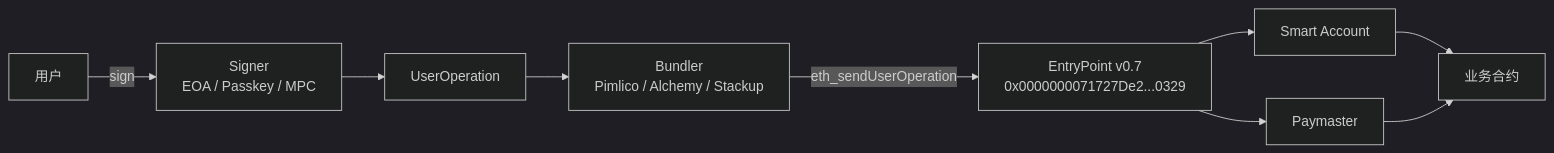
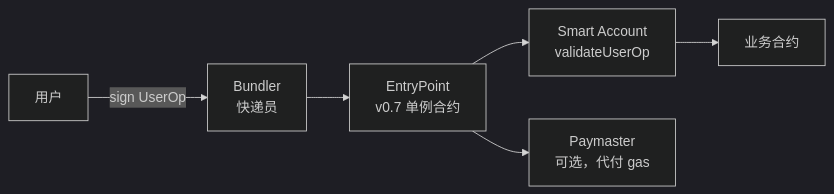
The third of 5 diagrams in web3-engineer-guide/10-前端与账户抽象/README.md (ChuwuYo/misc-files), drawn with Mermaid (dark theme) before and after one commit. The commit also changed other lines of this file and 211 other files, not shown here.

````diff
--- a/web3-engineer-guide/10-前端与账户抽象/README.md
+++ b/web3-engineer-guide/10-前端与账户抽象/README.md
@@ -1037,11 +538,8 @@
 ```mermaid
 flowchart LR
-  U[用户] -->|sign| S[Signer<br/>EOA / Passkey / MPC]
-  S --> UO[UserOperation]
-  UO --> B[Bundler<br/>Pimlico / Alchemy / Stackup]
-  B -->|eth_sendUserOperation| EP[EntryPoint v0.7<br/>0x0000000071727De2...0329]
-  EP --> A[Smart Account]
-  EP --> P[Paymaster]
-  A --> EXT[业务合约]
-  P --> EXT
+  U[用户] -->|sign UserOp| B[Bundler<br/>快递员]
+  B --> EP[EntryPoint<br/>v0.7 单例合约]
+  EP --> SA[Smart Account<br/>validateUserOp]
+  EP --> PM[Paymaster<br/>可选，代付 gas]
+  SA --> EXT[业务合约]
 ```
````
